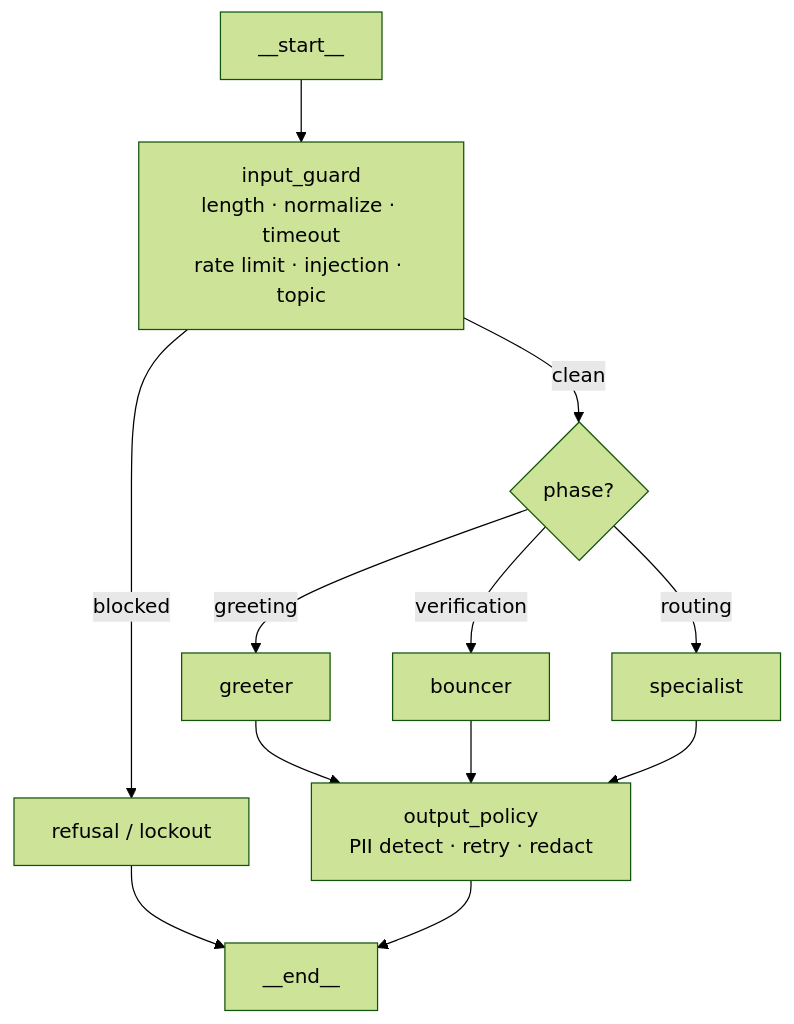
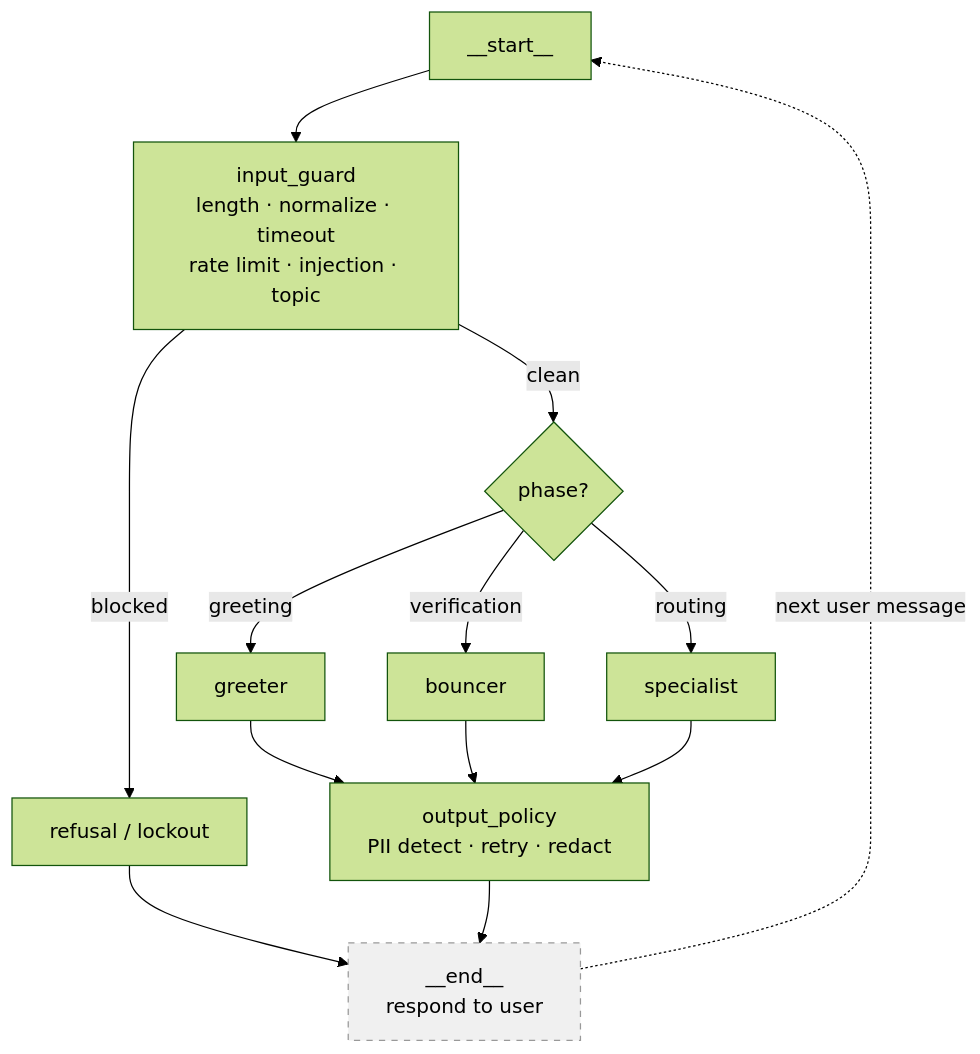
One commit to DEUS-AI/ai-eng-challenge changed the diagram in SOLUTION.md. Above: the diagram before and after it, drawn with Mermaid (forest theme). The commit also changed other lines of this file, not shown here.

Commit message:
Small correction to architecture diagram and update of SOLUTION.md

````diff
--- a/SOLUTION.md
+++ b/SOLUTION.md
@@ -7,14 +7,17 @@
 ```mermaid
 graph TD
     A[__start__] --> B[input_guard<br/>length · normalize · timeout<br/>rate limit · injection · topic]
     B -->|blocked| R[refusal / lockout]
     B -->|clean| C{phase?}
     C -->|greeting| D[greeter]
     C -->|verification| E[bouncer]
     C -->|routing| F[specialist]
     D --> OP[output_policy<br/>PII detect · retry · redact]
     E --> OP
     F --> OP
-    R --> G[__end__]
+    R --> G[__end__<br/>respond to user]
     OP --> G
+    G -.->|next user message| A
+
+    style G fill:#f0f0f0,stroke:#999,stroke-dasharray: 5 5
 ```
````
